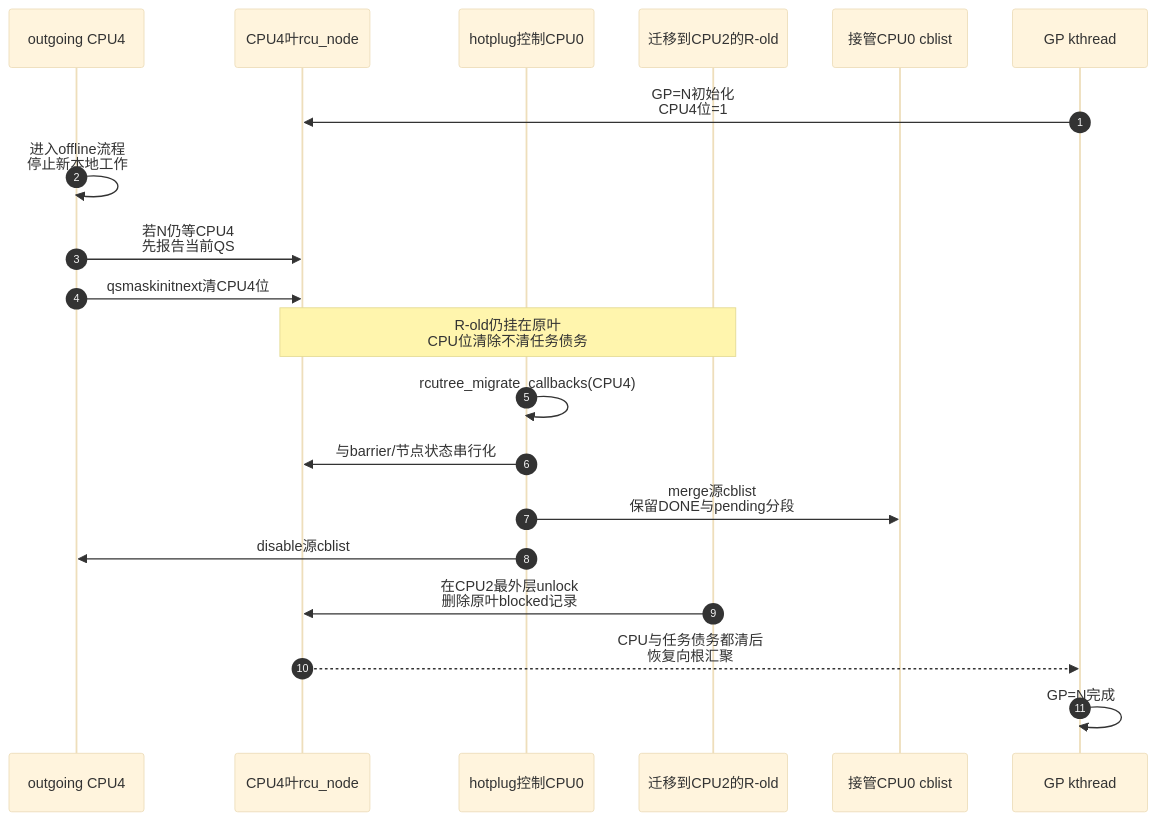
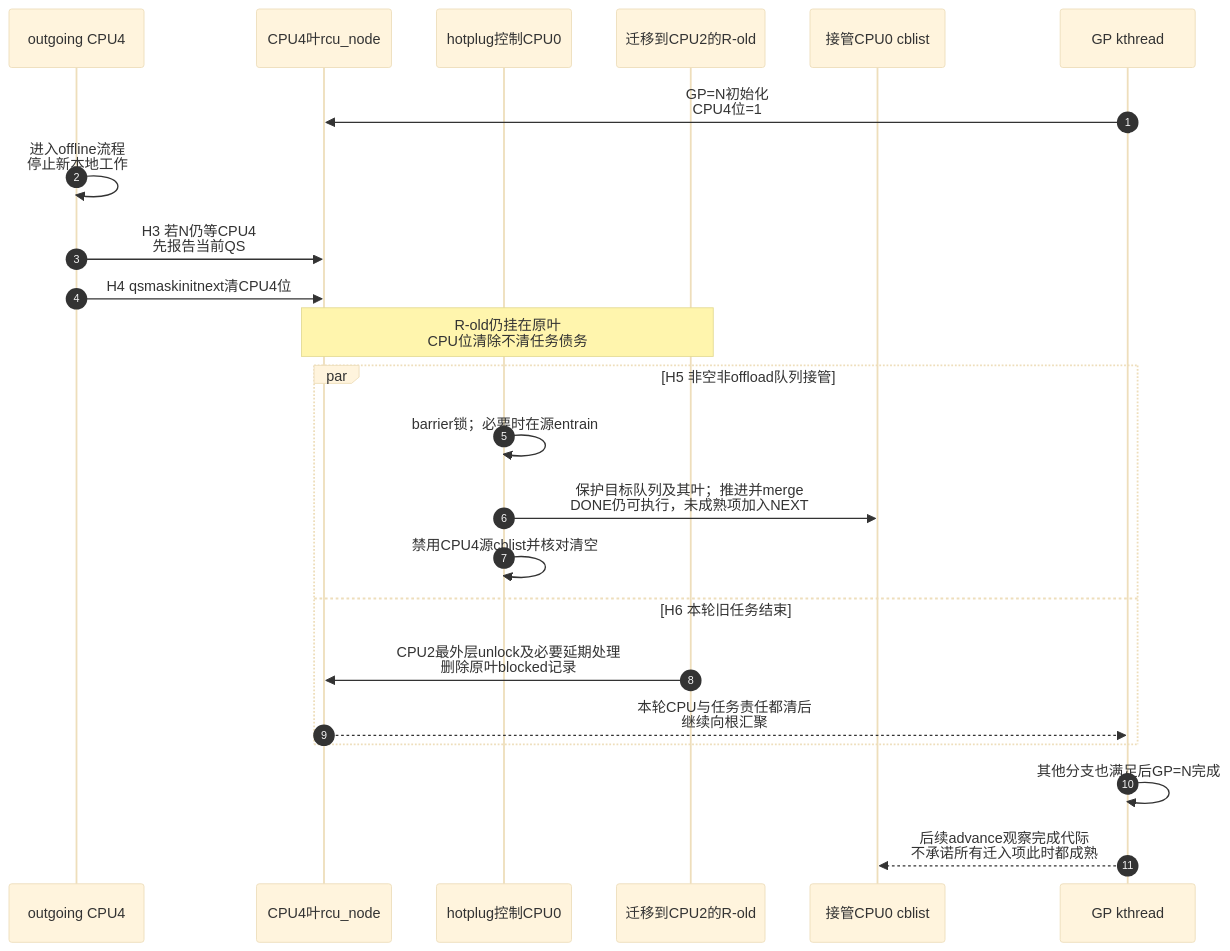
The second of 2 diagrams in knowledge/linux/synchronization_and_asynchrony/synchronization/rcu/P17_Tree_RCU_CPU热插拔与回调迁移.md (FormingSystem/linux_note), drawn with Mermaid (base theme) before and after one commit. The commit also changed other lines of this file and 4 other files, not shown here.

````diff
--- a/knowledge/linux/synchronization_and_asynchrony/synchronization/rcu/P17_Tree_RCU_CPU热插拔与回调迁移.md
+++ b/knowledge/linux/synchronization_and_asynchrony/synchronization/rcu/P17_Tree_RCU_CPU热插拔与回调迁移.md
@@ -125,26 +125,28 @@
 ```mermaid
 sequenceDiagram
     autonumber
 
     participant O as outgoing CPU4
     participant L as CPU4叶rcu_node
     participant H as hotplug控制CPU0
     participant T as 迁移到CPU2的R-old
     participant Q as 接管CPU0 cblist
     participant G as GP kthread
 
     G->>L: GP=N初始化<br/>CPU4位=1
     O->>O: 进入offline流程<br/>停止新本地工作
-    O->>L: 若N仍等CPU4<br/>先报告当前QS
-    O->>L: qsmaskinitnext清CPU4位
+    O->>L: H3 若N仍等CPU4<br/>先报告当前QS
+    O->>L: H4 qsmaskinitnext清CPU4位
     Note over T,L: R-old仍挂在原叶<br/>CPU位清除不清任务债务
 
-    H->>H: rcutree_migrate_callbacks(CPU4)
-    H->>L: 与barrier/节点状态串行化
-    H->>Q: merge源cblist<br/>保留DONE与pending分段
-    H->>O: disable源cblist
-
-    T->>L: 在CPU2最外层unlock<br/>删除原叶blocked记录
-    L-->>G: CPU与任务债务都清后<br/>恢复向根汇聚
-    G->>G: GP=N完成
+    par H5 非空非offload队列接管
+        H->>H: barrier锁；必要时在源entrain
+        H->>Q: 保护目标队列及其叶；推进并merge<br/>DONE仍可执行，未成熟项加入NEXT
+        H->>H: 禁用CPU4源cblist并核对清空
+    and H6 本轮旧任务结束
+        T->>L: CPU2最外层unlock及必要延期处理<br/>删除原叶blocked记录
+        L-->>G: 本轮CPU与任务责任都清后<br/>继续向根汇聚
+    end
+    G->>G: 其他分支也满足后GP=N完成
+    G-->>Q: 后续advance观察完成代际<br/>不承诺所有迁入项此时都成熟
 ```
````
